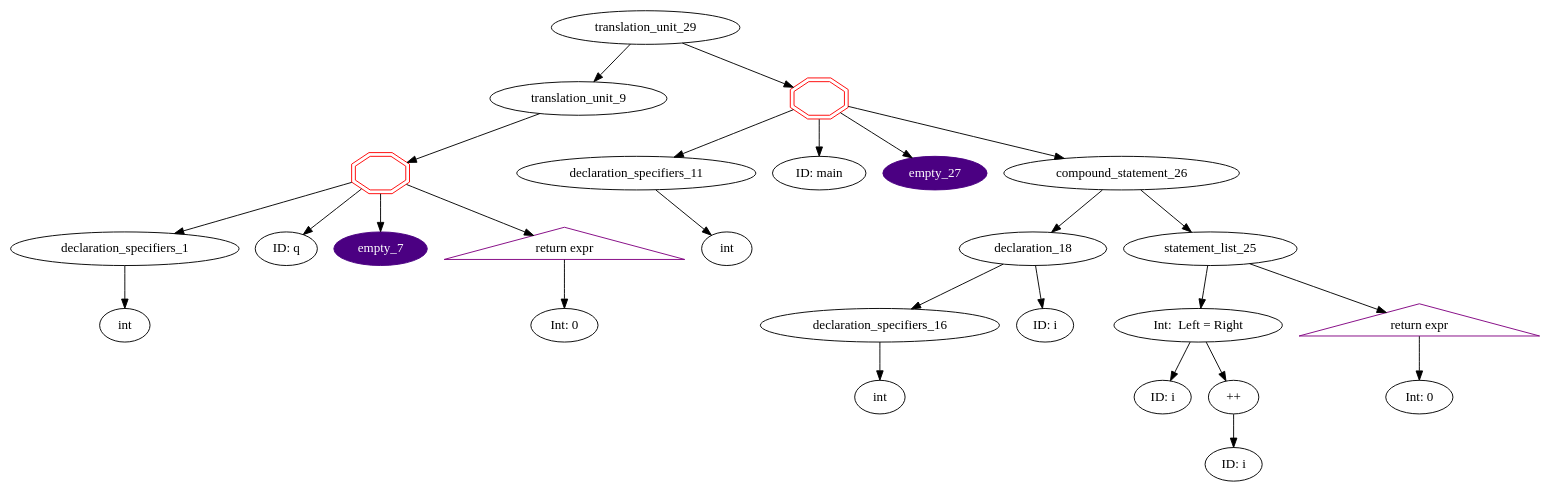
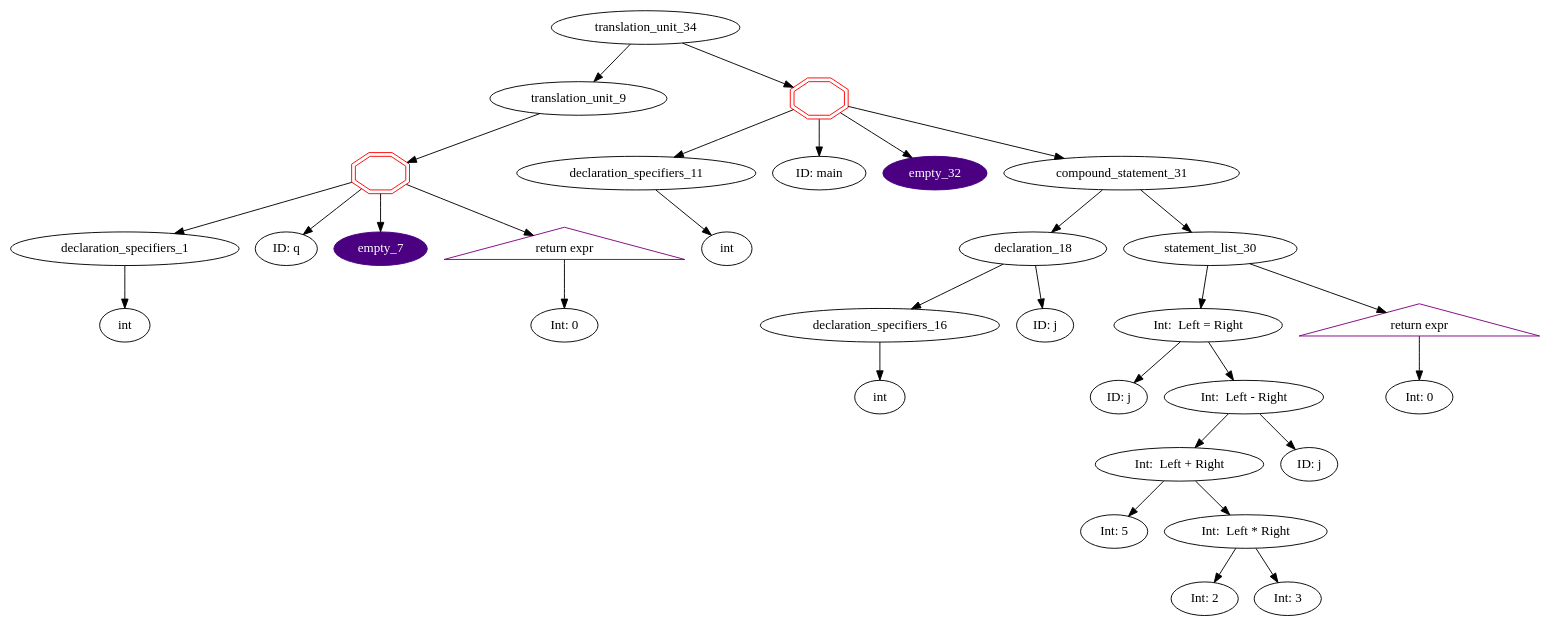
One commit to ahpalmerUNR/c_compiler changed the diagram in graphs/default.gv. Above: the diagram before and after it, drawn with Graphviz. The commit also changed 4 other files, not shown here.

```diff
--- a/graphs/default.gv
+++ b/graphs/default.gv
@@ -1,49 +1,59 @@
 digraph AST {
-	translation_unit_29 -> translation_unit_9;
+	translation_unit_34 -> translation_unit_9;
 	translation_unit_9 -> function_definition_8;
 	function_definition_8 [shape=doubleoctagon,color=red,label=""]
 	function_definition_8 -> declaration_specifiers_1;
 	declaration_specifiers_1 [label="declaration_specifiers_1"]
 	declaration_specifiers_1 -> type_specifier_0;
 	type_specifier_0 [label="int"]
 	function_definition_8 -> identifier_2;
 	identifier_2 [label="ID: q"]
 	function_definition_8 -> empty_7;
 	empty_7 [style=filled,color=indigo,fontcolor=white]
 	function_definition_8 -> jump_statement_6;
 	jump_statement_6 [shape = triangle,color=purple,label="return expr"]
 	jump_statement_6 -> constant_5;
 	constant_5 [label="Int: 0"]
-	translation_unit_29 -> function_definition_28;
-	function_definition_28 [shape=doubleoctagon,color=red,label=""]
-	function_definition_28 -> declaration_specifiers_11;
+	translation_unit_34 -> function_definition_33;
+	function_definition_33 [shape=doubleoctagon,color=red,label=""]
+	function_definition_33 -> declaration_specifiers_11;
 	declaration_specifiers_11 [label="declaration_specifiers_11"]
 	declaration_specifiers_11 -> type_specifier_10;
 	type_specifier_10 [label="int"]
-	function_definition_28 -> identifier_12;
+	function_definition_33 -> identifier_12;
 	identifier_12 [label="ID: main"]
-	function_definition_28 -> empty_27;
-	empty_27 [style=filled,color=indigo,fontcolor=white]
-	function_definition_28 -> compound_statement_26;
-	compound_statement_26 -> declaration_18;
+	function_definition_33 -> empty_32;
+	empty_32 [style=filled,color=indigo,fontcolor=white]
+	function_definition_33 -> compound_statement_31;
+	compound_statement_31 -> declaration_18;
 	declaration_18 [label="declaration_18"]
 	declaration_18 -> declaration_specifiers_16;
 	declaration_specifiers_16 [label="declaration_specifiers_16"]
 	declaration_specifiers_16 -> type_specifier_15;
 	type_specifier_15 [label="int"]
 	declaration_18 -> identifier_17;
-	identifier_17 [label="ID: i"]
-	compound_statement_26 -> statement_list_25;
-	statement_list_25 -> assignment_expression_22;
-	assignment_expression_22 [label="Int:  Left = Right"]
-	assignment_expression_22 -> identifier_19;
-	identifier_19 [label="ID: i"]
-	assignment_expression_22 -> unary_expression_21;
-	unary_expression_21 [label="++"]
-	unary_expression_21 -> identifier_20;
-	identifier_20 [label="ID: i"]
-	statement_list_25 -> jump_statement_24;
-	jump_statement_24 [shape = triangle,color=purple,label="return expr"]
-	jump_statement_24 -> constant_23;
-	constant_23 [label="Int: 0"]
+	identifier_17 [label="ID: j"]
+	compound_statement_31 -> statement_list_30;
+	statement_list_30 -> assignment_expression_27;
+	assignment_expression_27 [label="Int:  Left = Right"]
+	assignment_expression_27 -> identifier_19;
+	identifier_19 [label="ID: j"]
+	assignment_expression_27 -> operator_expression_26;
+	operator_expression_26 [label="Int:  Left - Right"]
+	operator_expression_26 -> operator_expression_24;
+	operator_expression_24 [label="Int:  Left + Right"]
+	operator_expression_24 -> constant_20;
+	constant_20 [label="Int: 5"]
+	operator_expression_24 -> operator_expression_23;
+	operator_expression_23 [label="Int:  Left * Right"]
+	operator_expression_23 -> constant_21;
+	constant_21 [label="Int: 2"]
+	operator_expression_23 -> constant_22;
+	constant_22 [label="Int: 3"]
+	operator_expression_26 -> identifier_25;
+	identifier_25 [label="ID: j"]
+	statement_list_30 -> jump_statement_29;
+	jump_statement_29 [shape = triangle,color=purple,label="return expr"]
+	jump_statement_29 -> constant_28;
+	constant_28 [label="Int: 0"]
 }
```
